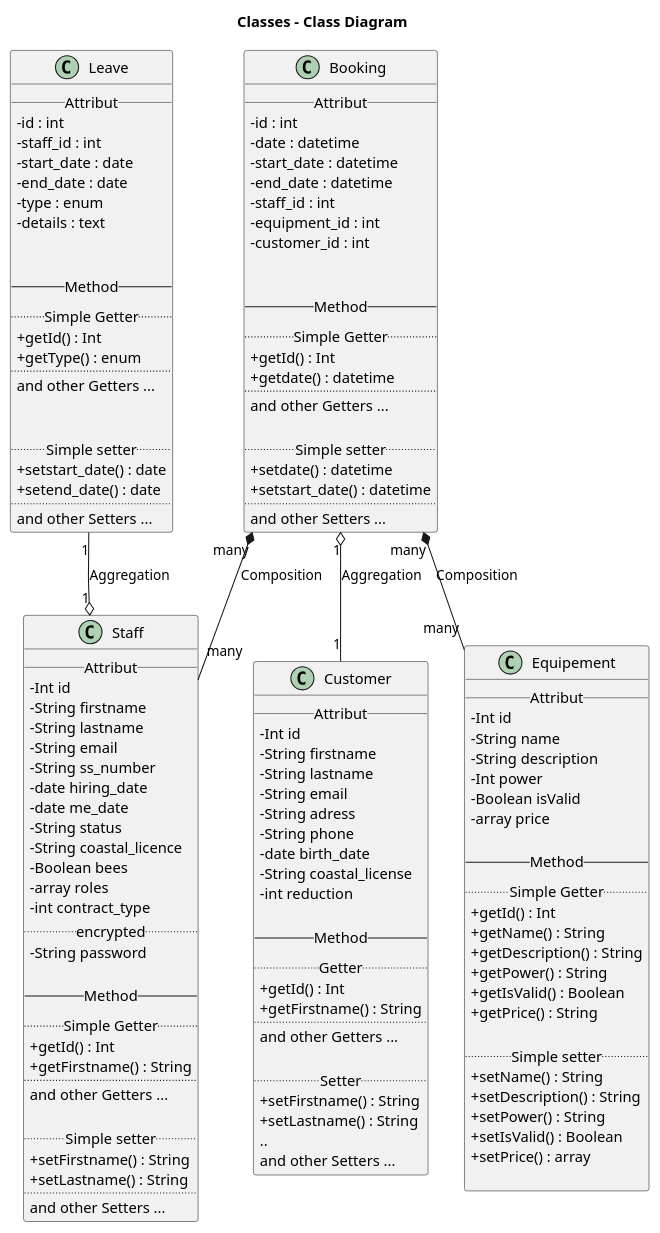
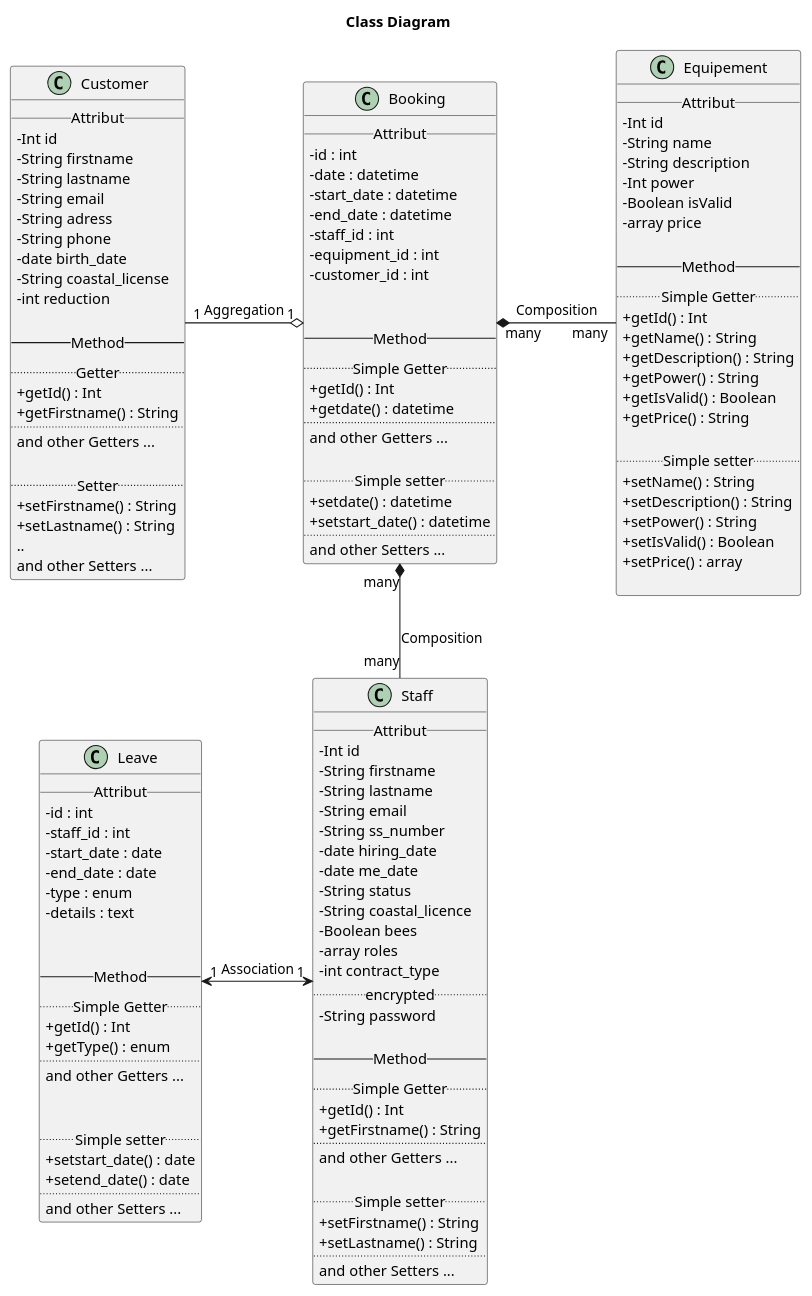
The diagram in diagram/diagram_code_plantuml/class_diagram.pu (benjamin-oriol/WorkShop_PHP), drawn with PlantUML before and after one commit. The commit also changed 4 other files, not shown here.

Commit message:
modif diagram class et nouvelles images

```diff
--- a/diagram/diagram_code_plantuml/class_diagram.pu
+++ b/diagram/diagram_code_plantuml/class_diagram.pu
@@ -1,151 +1,151 @@
 @startuml
 
-title Classes - Class Diagram
+title  Class Diagram
 
 skinparam classAttributeIconSize 0
 
 
 class Customer{
     __ Attribut __
     -Int id
     -String firstname
     -String lastname
     -String email
     -String adress
     -String phone
     -date birth_date
     -String coastal_license
     -int reduction
 
     -- Method --
     .. Getter ..
     + getId() : Int
     + getFirstname() : String
     ..
     and other Getters ...
 
     .. Setter ..
     + setFirstname() : String
     + setLastname() : String
         ..
     and other Setters ...
 }
 
 class Equipement {
     __ Attribut __
     -Int id
     -String name
     -String description
     -Int power
     -Boolean isValid
     -array price
 
     -- Method --
     .. Simple Getter ..
     + getId() : Int
     + getName() : String
     + getDescription() : String
     + getPower() : String
     + getIsValid() : Boolean
     + getPrice() : String
 
     .. Simple setter ..
     + setName() : String
     + setDescription() : String
     + setPower() : String
     + setIsValid() : Boolean
     + setPrice() : array
 
 }
 
 
 class Staff{
     __ Attribut __
     -Int id
     -String firstname
     -String lastname
     -String email
     -String ss_number
     -date hiring_date
     -date me_date
     -String status
     -String coastal_licence
     -Boolean bees
     -array roles
     -int contract_type
     .. encrypted ..
     -String password
 
     -- Method --
     .. Simple Getter ..
     + getId() : Int
     + getFirstname() : String
     ..
     and other Getters ...
 
     .. Simple setter ..
     + setFirstname() : String
     + setLastname() : String
     ..
     and other Setters ...
 }
 
 
 class Booking{
     __ Attribut __
     - id : int 
 	- date : datetime 
 	- start_date : datetime 
 	- end_date : datetime 
 	- staff_id : int
 	- equipment_id : int
 	- customer_id : int 
 
 
     -- Method --
     .. Simple Getter ..
     + getId() : Int
     + getdate() : datetime
     ..
     and other Getters ...
 
     .. Simple setter ..
     + setdate() : datetime
     + setstart_date() : datetime
     ..
     and other Setters ...
 }
 
 
 class Leave {
     __ Attribut __
     - id : int 
 	- staff_id : int
 	- start_date : date 
 	- end_date : date
 	- type : enum
 	- details : text 
 
 
     -- Method --
     .. Simple Getter ..
     + getId() : Int
     + getType() : enum
     ..
     and other Getters ...
 
 
     .. Simple setter ..
     + setstart_date() : date
     + setend_date() : date
     ..
     and other Setters ...
 }
 
-Booking "many"*-down-"many" Equipement: Composition
-Booking  "1" o-down- "1" Customer: Aggregation
+Booking "many"*-right-"many" Equipement: Composition
+Booking  "1" o-left- "1" Customer: Aggregation
 Booking "many"*-down-"many" Staff: Composition
-Staff "1" o-up- "1" Leave: Aggregation
+Staff "1" <-left-> "1" Leave: Association
 
 
 @enduml
```
